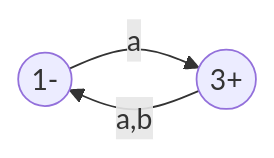
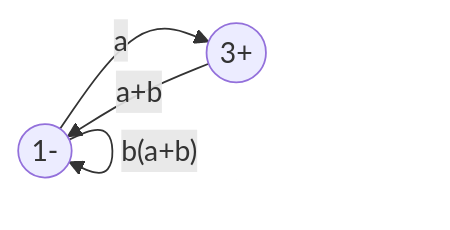
One commit to ufidon/ct changed diagram 12 of 16 in scratch/fas.md. Above: the diagram before and after it, drawn with Mermaid. The commit also changed other lines of this file and 3 other files, not shown here.

````diff
--- a/scratch/fas.md
+++ b/scratch/fas.md
@@ -188,7 +188,8 @@
 ```mermaid
 flowchart LR
   q1(("1-"))
   q3(("3+"))
   q1-->|a|q3
-  q3-->|"a,b"|q1
+  q1-->|"b(a+b)"|q1
+  q3-->|"a+b"|q1
 ```
````
